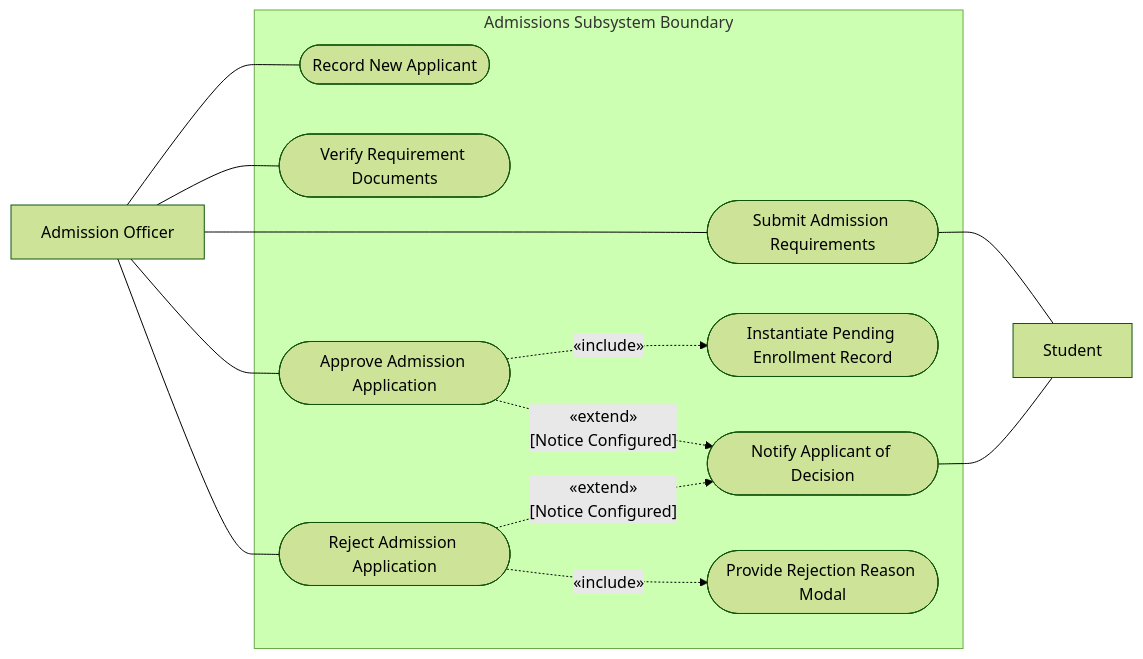
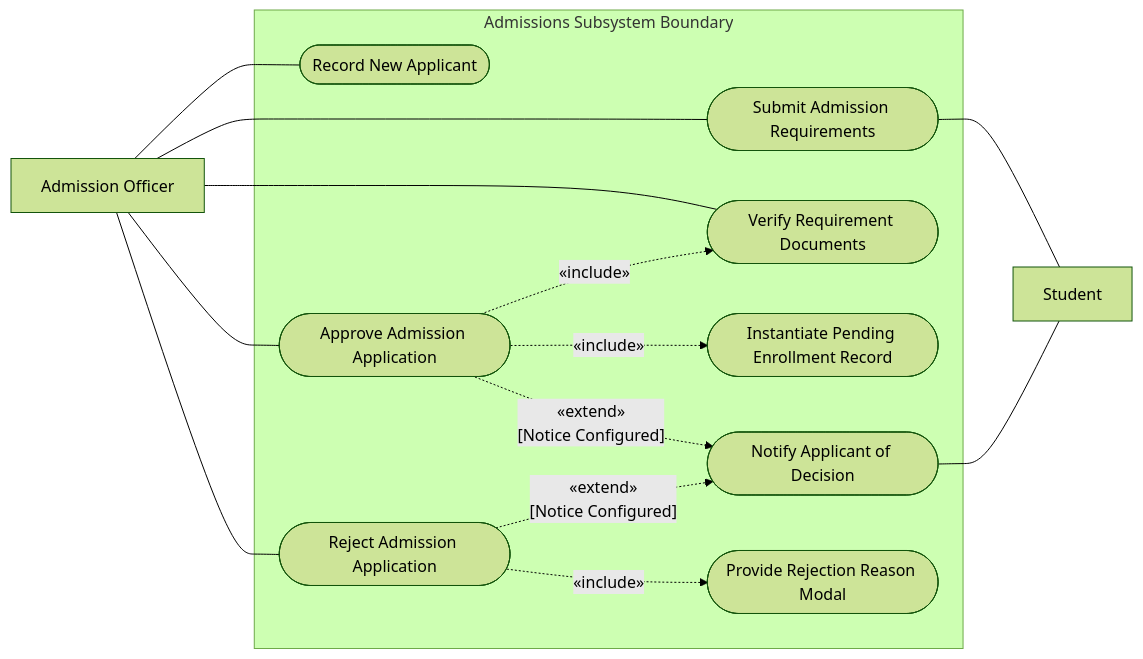
Before and after one commit to kirbygeagonia-create/EnrollmentManagementSystem: the sixth of 17 diagrams in Documentation/Use-Case-Diagram-Guide.md, drawn with Mermaid (forest theme). The commit also changed other lines of this file and 45 other files, not shown here.

````diff
--- a/Documentation/Use-Case-Diagram-Guide.md
+++ b/Documentation/Use-Case-Diagram-Guide.md
@@ -321,29 +321,30 @@
 ```mermaid
 flowchart LR
     A_Adm["Admission Officer"]
     A_App["Student"]
 
     subgraph SYSTEM ["Admissions Subsystem Boundary"]
         UC01(["Record New Applicant"])
         UC02(["Submit Admission Requirements"])
         UC03(["Verify Requirement Documents"])
         UC04(["Approve Admission Application"])
         UC05(["Reject Admission Application"])
         UC06(["Instantiate Pending Enrollment Record"])
         UC07(["Notify Applicant of Decision"])
         UC08(["Provide Rejection Reason Modal"])
     end
 
     A_Adm --- UC01
     A_Adm --- UC02
     A_Adm --- UC03
     A_Adm --- UC04
     A_Adm --- UC05
 
     UC02 --- A_App
     UC04 -.->|"«include»"| UC06
+    UC04 -.->|"«include»"| UC03
     UC04 -.->|"«extend»\n[Notice Configured]"| UC07
     UC05 -.->|"«include»"| UC08
     UC05 -.->|"«extend»\n[Notice Configured]"| UC07
     UC07 --- A_App
 ```
````
